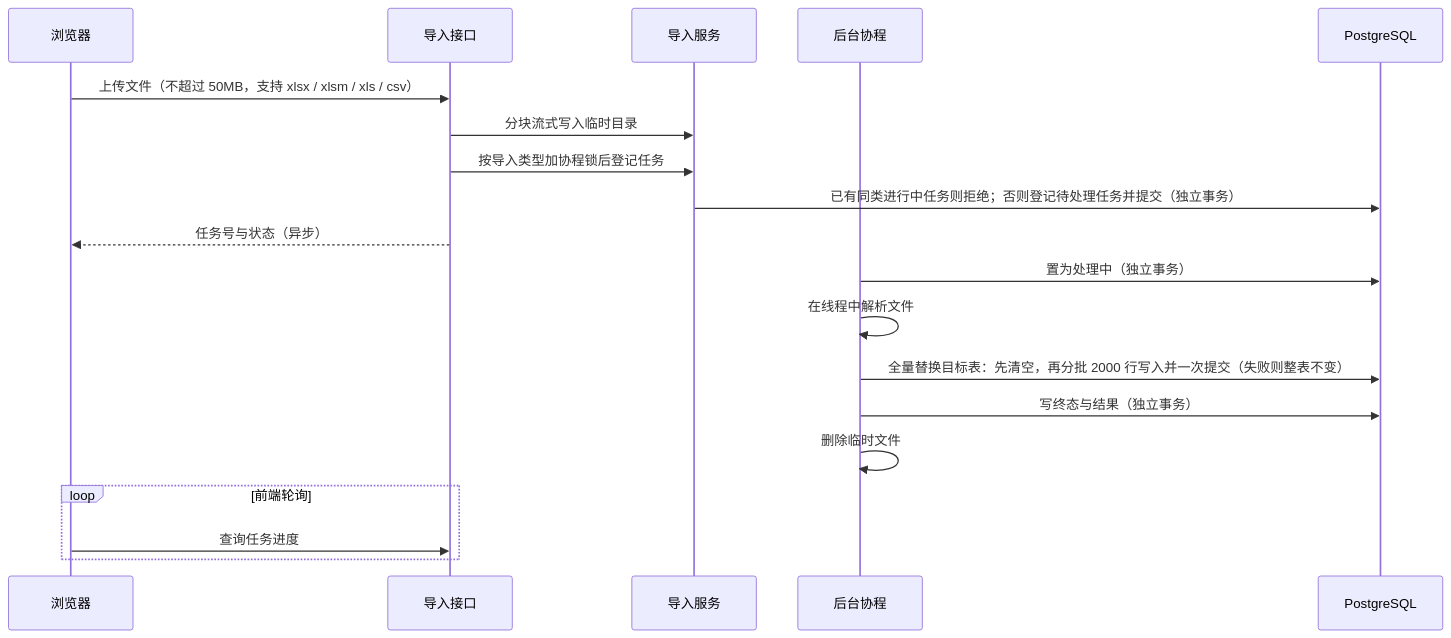
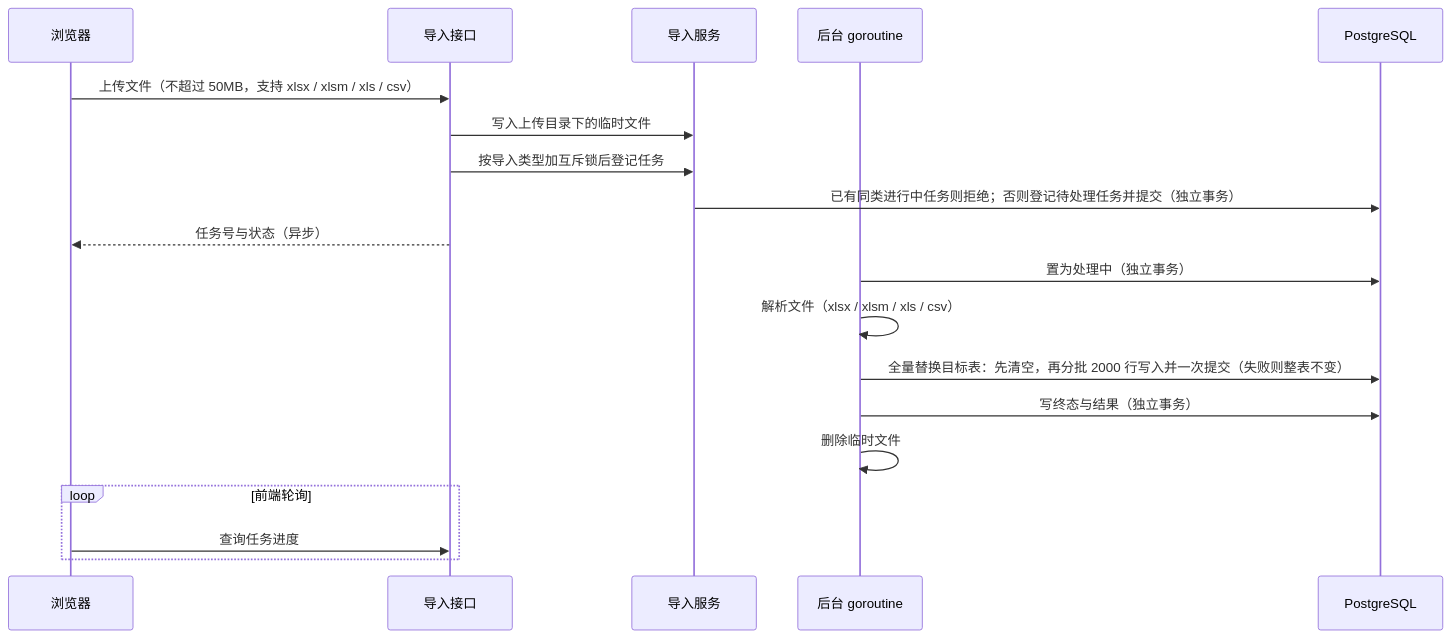
Diagram 15 of 31 in docs/websites/pages/dev-flows.md (Sakana-1314/Electrical-Manager), drawn with Mermaid before and after one commit. The commit also changed other lines of this file and 329 other files, not shown here.

````diff
--- a/docs/websites/pages/dev-flows.md
+++ b/docs/websites/pages/dev-flows.md
@@ -237,21 +237,21 @@
 ```mermaid
 sequenceDiagram
     participant U as 浏览器
     participant API as 导入接口
     participant S as 导入服务
-    participant BG as 后台协程
+    participant BG as 后台 goroutine
     participant DB as PostgreSQL
     U->>API: 上传文件（不超过 50MB，支持 xlsx / xlsm / xls / csv）
-    API->>S: 分块流式写入临时目录
-    API->>S: 按导入类型加协程锁后登记任务
+    API->>S: 写入上传目录下的临时文件
+    API->>S: 按导入类型加互斥锁后登记任务
     S->>DB: 已有同类进行中任务则拒绝；否则登记待处理任务并提交（独立事务）
     API-->>U: 任务号与状态（异步）
     BG->>DB: 置为处理中（独立事务）
-    BG->>BG: 在线程中解析文件
+    BG->>BG: 解析文件（xlsx / xlsm / xls / csv）
     BG->>DB: 全量替换目标表：先清空，再分批 2000 行写入并一次提交（失败则整表不变）
     BG->>DB: 写终态与结果（独立事务）
     BG->>BG: 删除临时文件
     loop 前端轮询
         U->>API: 查询任务进度
     end
 ```
````
